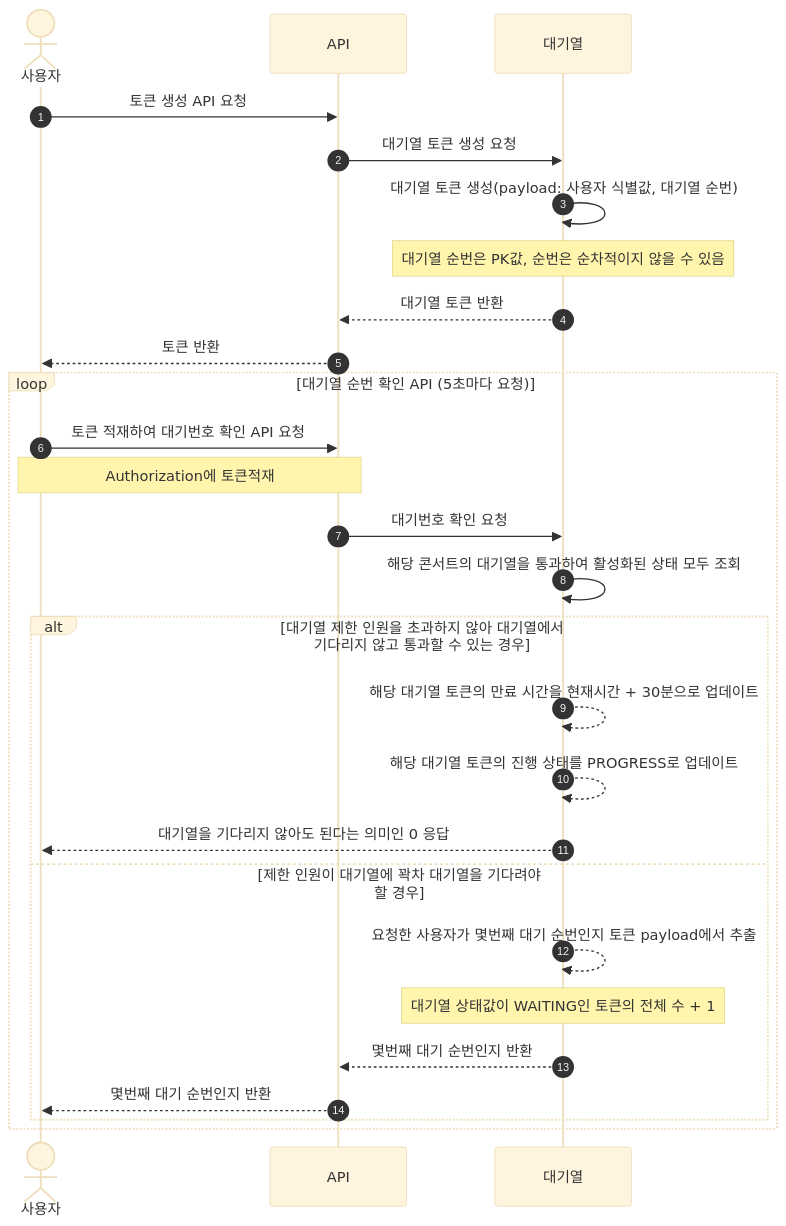
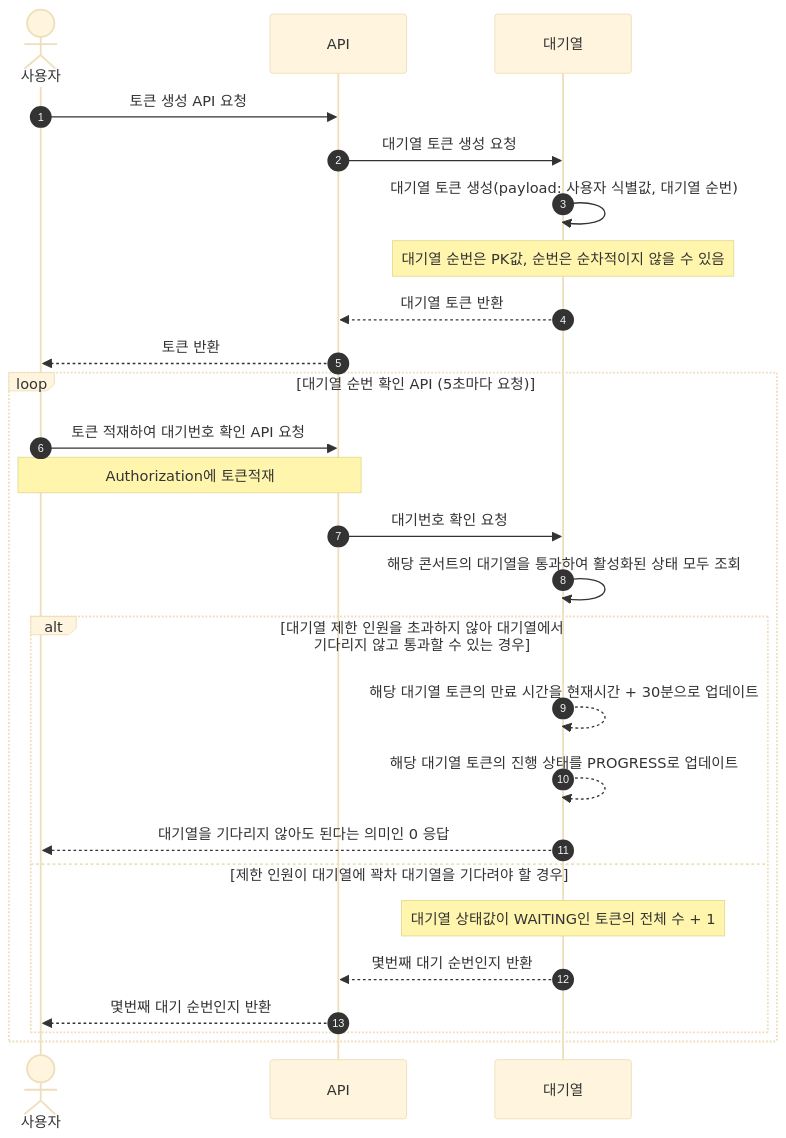
The first of 7 diagrams in docs/sequence.md (jikimee64/hhplus-concert), drawn with Mermaid (base theme) before and after one commit. The commit also changed 7 other files, not shown here.

````diff
--- a/docs/sequence.md
+++ b/docs/sequence.md
@@ -5,29 +5,28 @@
 ```mermaid
 sequenceDiagram
     autonumber
     actor 사용자 as 사용자
     participant API as API
     participant 대기열 as 대기열
     사용자 ->> API: 토큰 생성 API 요청
     API ->> 대기열: 대기열 토큰 생성 요청
     대기열 ->> 대기열: 대기열 토큰 생성(payload: 사용자 식별값, 대기열 순번)
     Note over 대기열, 대기열: 대기열 순번은 PK값, 순번은 순차적이지 않을 수 있음
     대기열 -->> API: 대기열 토큰 반환
     API -->> 사용자: 토큰 반환
     loop 대기열 순번 확인 API (5초마다 요청)
         사용자 ->> API: 토큰 적재하여 대기번호 확인 API 요청
         Note over 사용자, API: Authorization에 토큰적재
         API ->> 대기열: 대기번호 확인 요청
         대기열 ->> 대기열: 해당 콘서트의 대기열을 통과하여 활성화된 상태 모두 조회
         alt 대기열 제한 인원을 초과하지 않아 대기열에서 기다리지 않고 통과할 수 있는 경우
             대기열 -->> 대기열: 해당 대기열 토큰의 만료 시간을 현재시간 + 30분으로 업데이트
             대기열 -->> 대기열: 해당 대기열 토큰의 진행 상태를 PROGRESS로 업데이트
             대기열 -->> 사용자: 대기열을 기다리지 않아도 된다는 의미인 0 응답
         else 제한 인원이 대기열에 꽉차 대기열을 기다려야 할 경우
-            대기열 -->> 대기열: 요청한 사용자가 몇번째 대기 순번인지 토큰 payload에서 추출
             Note over 대기열, 대기열: 대기열 상태값이 WAITING인 토큰의 전체 수 + 1
             대기열 -->> API: 몇번째 대기 순번인지 반환
             API -->> 사용자: 몇번째 대기 순번인지 반환
         end
     end
 ```
````
